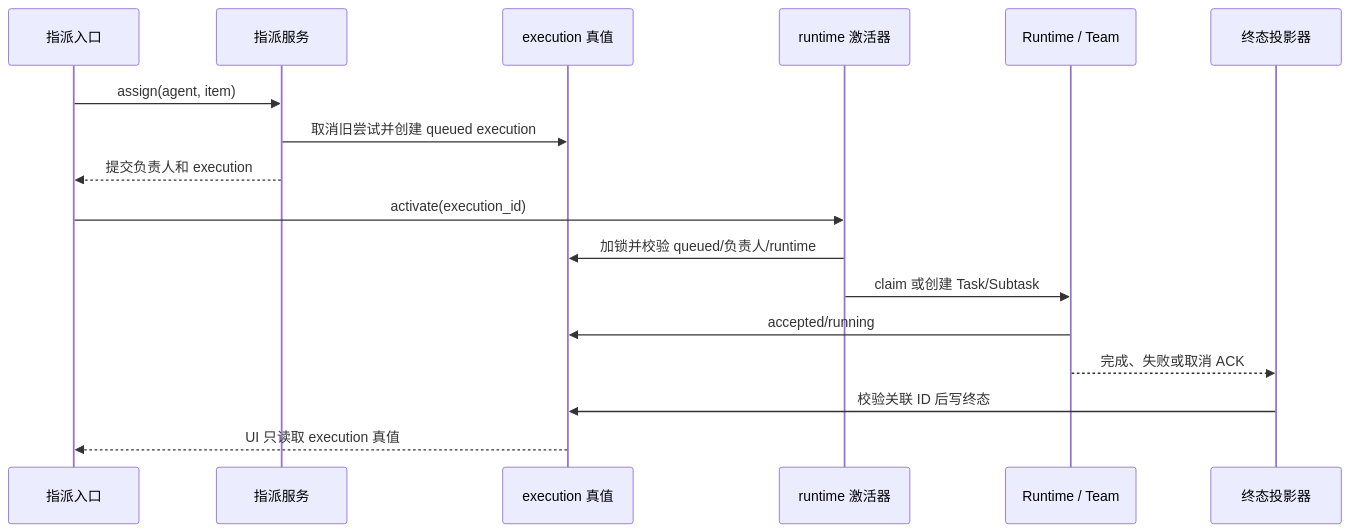
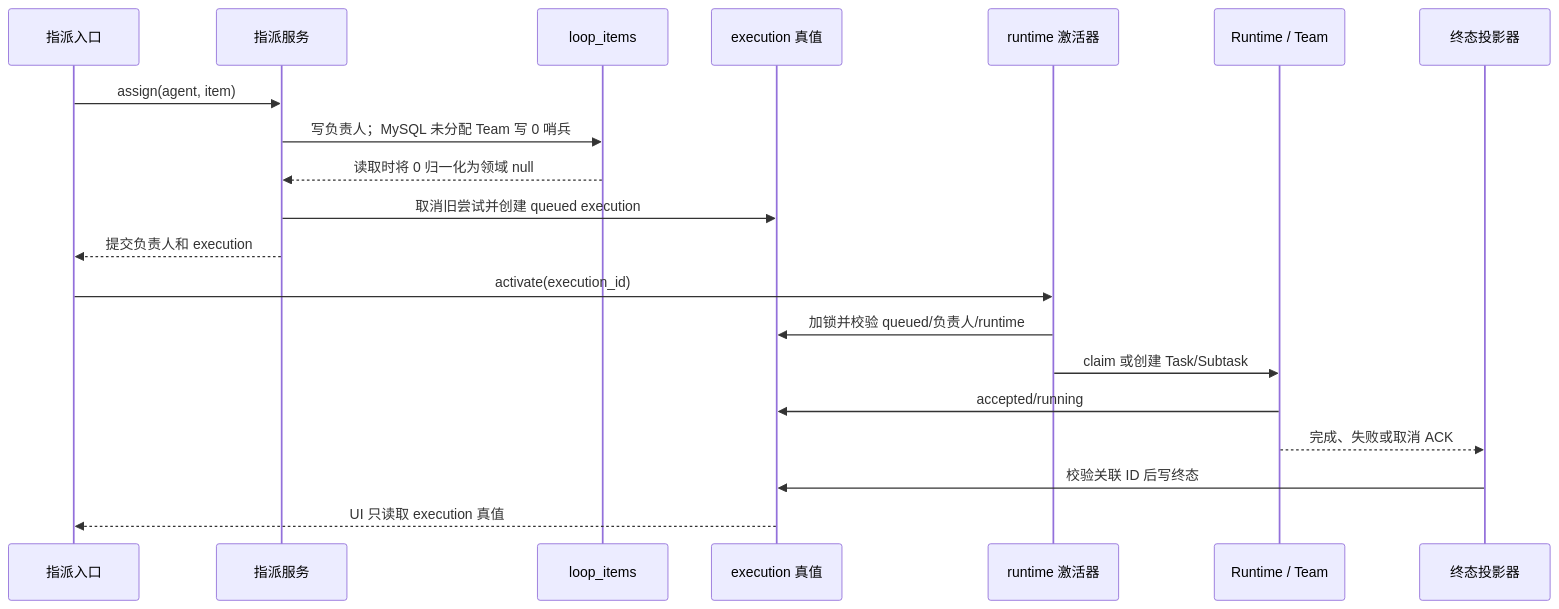
One commit to wecode-ai/Wegent changed the second of 2 diagrams in docs/zh/architecture/board-automation.md. Above: the diagram before and after it, drawn with Mermaid. The commit also changed other lines of this file and 6 other files, not shown here.

````diff
--- a/docs/zh/architecture/board-automation.md
+++ b/docs/zh/architecture/board-automation.md
@@ -26,20 +28,23 @@
 ```mermaid
 sequenceDiagram
     participant E as 指派入口
     participant A as 指派服务
+    participant I as loop_items
     participant X as execution 真值
     participant R as runtime 激活器
     participant T as Runtime / Team
     participant P as 终态投影器
 
     E->>A: assign(agent, item)
+    A->>I: 写负责人；MySQL 未分配 Team 写 0 哨兵
+    I-->>A: 读取时将 0 归一化为领域 null
     A->>X: 取消旧尝试并创建 queued execution
     A-->>E: 提交负责人和 execution
     E->>R: activate(execution_id)
     R->>X: 加锁并校验 queued/负责人/runtime
     R->>T: claim 或创建 Task/Subtask
     T->>X: accepted/running
     T-->>P: 完成、失败或取消 ACK
     P->>X: 校验关联 ID 后写终态
     X-->>E: UI 只读取 execution 真值
 ```
````
